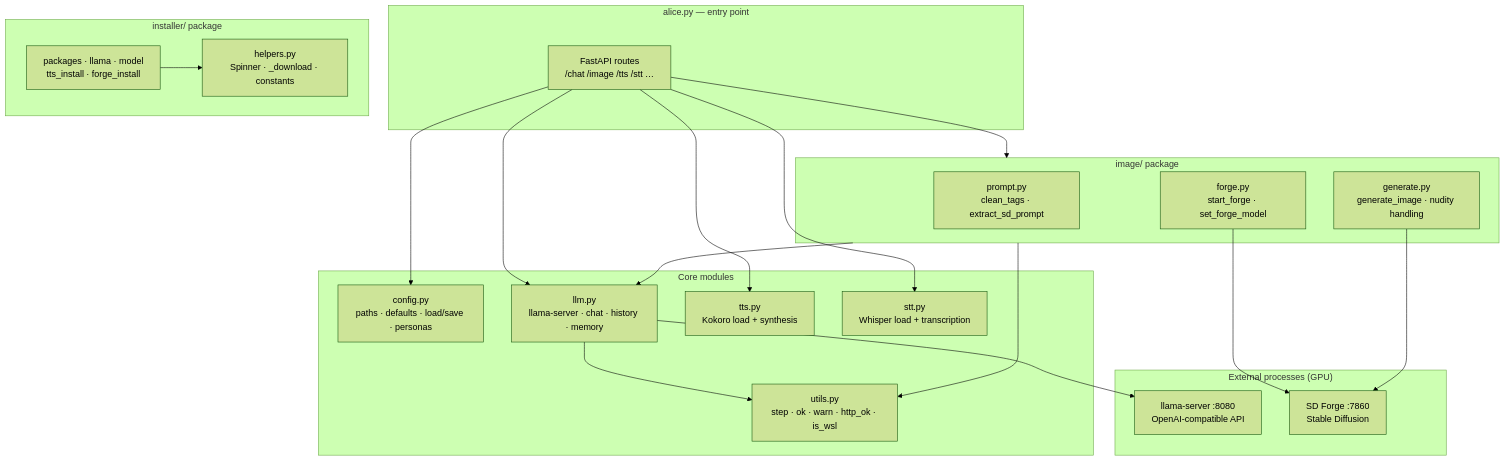
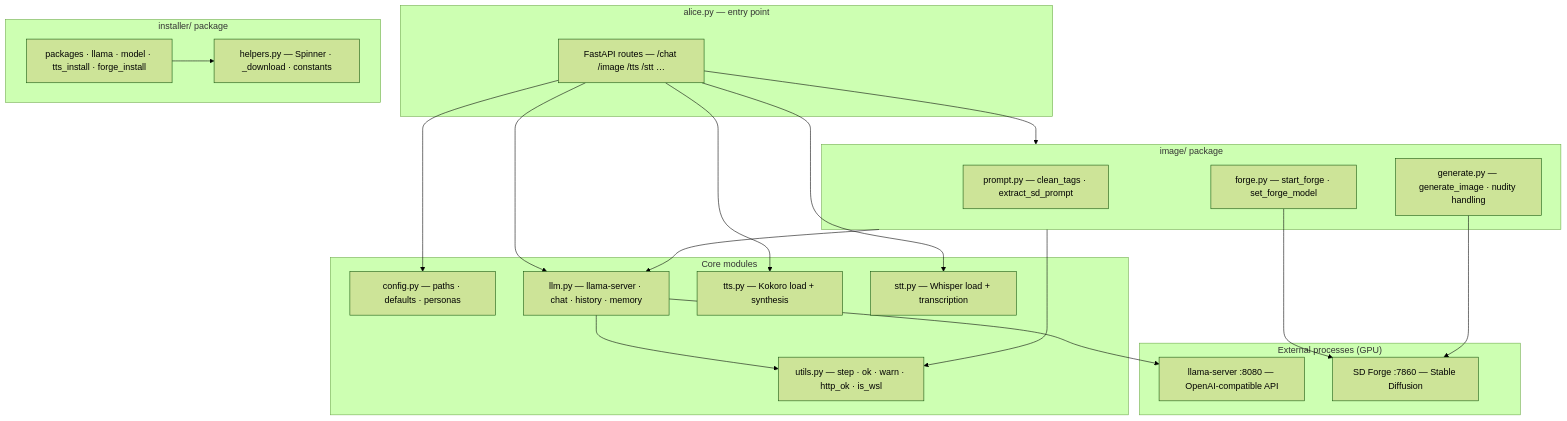
Before and after one commit to cschladetsch/PyLocalEnsemble: the first of 4 diagrams in Readme.md, drawn with Mermaid (forest theme). The commit also changed other lines of this file and 1 other file, not shown here.

Commit message:
Fix Mermaid diagrams: replace multi-line labels with single-line em-dash style

````diff
--- a/Readme.md
+++ b/Readme.md
@@ -288,43 +288,43 @@
 ```mermaid
 graph TD
     subgraph App ["alice.py — entry point"]
-        Routes["FastAPI routes<br/>/chat /image /tts /stt …"]
+        Routes["FastAPI routes — /chat /image /tts /stt …"]
     end
 
     subgraph Core ["Core modules"]
-        Config["config.py<br/>paths · defaults · load/save · personas"]
-        LLM["llm.py<br/>llama-server · chat · history · memory"]
-        TTS["tts.py<br/>Kokoro load + synthesis"]
-        STT["stt.py<br/>Whisper load + transcription"]
-        Utils["utils.py<br/>step · ok · warn · http_ok · is_wsl"]
+        Config["config.py — paths · defaults · personas"]
+        LLM["llm.py — llama-server · chat · history · memory"]
+        TTS["tts.py — Kokoro load + synthesis"]
+        STT["stt.py — Whisper load + transcription"]
+        Utils["utils.py — step · ok · warn · http_ok · is_wsl"]
     end
 
     subgraph ImagePkg ["image/ package"]
-        Prompt["prompt.py<br/>clean_tags · extract_sd_prompt"]
-        Forge["forge.py<br/>start_forge · set_forge_model"]
-        Generate["generate.py<br/>generate_image · nudity handling"]
+        Prompt["prompt.py — clean_tags · extract_sd_prompt"]
+        Forge["forge.py — start_forge · set_forge_model"]
+        Generate["generate.py — generate_image · nudity handling"]
     end
 
     subgraph InstallPkg ["installer/ package"]
-        Helpers["helpers.py<br/>Spinner · _download · constants"]
-        Steps["packages · llama · model<br/>tts_install · forge_install"]
+        Helpers["helpers.py — Spinner · _download · constants"]
+        Steps["packages · llama · model · tts_install · forge_install"]
     end
 
     subgraph External ["External processes (GPU)"]
-        LlamaServer["llama-server :8080<br/>OpenAI-compatible API"]
-        ForgeProc["SD Forge :7860<br/>Stable Diffusion"]
+        LlamaServer["llama-server :8080 — OpenAI-compatible API"]
+        ForgeProc["SD Forge :7860 — Stable Diffusion"]
     end
 
     Routes --> Config
     Routes --> LLM
     Routes --> TTS
     Routes --> STT
     Routes --> ImagePkg
     ImagePkg --> LLM
     ImagePkg --> Utils
     LLM --> Utils
     LLM --> LlamaServer
     Forge --> ForgeProc
     Generate --> ForgeProc
     Steps --> Helpers
 ```
````
